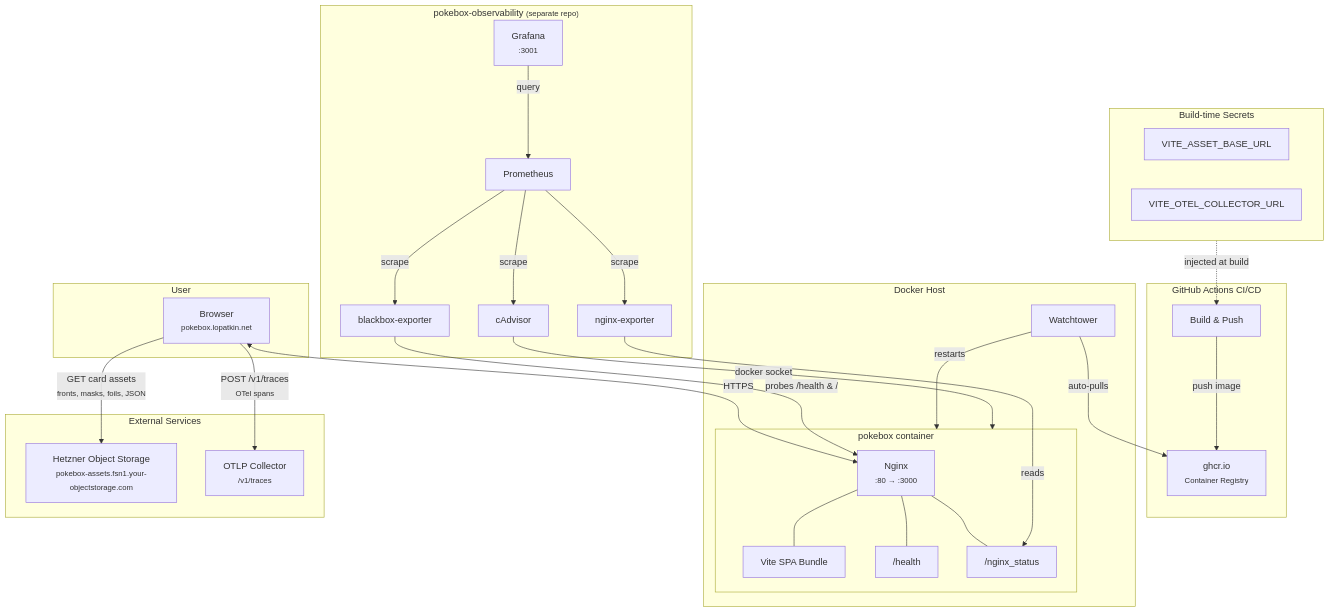
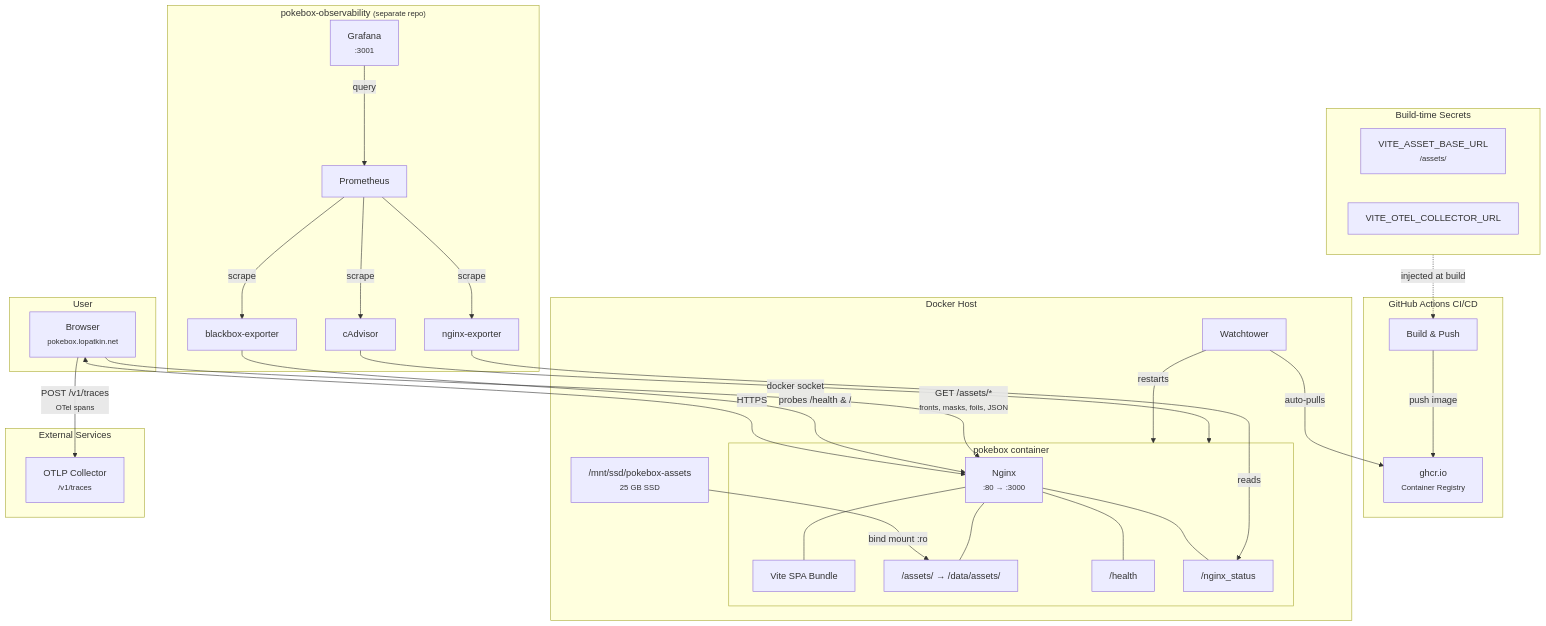
One commit to selop/pokebox changed the first of 6 diagrams in docs/architecture.md. Above: the diagram before and after it, drawn with Mermaid. The commit also changed other lines of this file and 9 other files, not shown here.

First line of the commit message:
feat: serve card assets from local SSD instead of S3 object storage

````diff
--- a/docs/architecture.md
+++ b/docs/architecture.md
@@ -3,59 +3,62 @@
 ```mermaid
 flowchart TB
     subgraph User["User"]
         Browser["Browser<br/><small>pokebox.lopatkin.net</small>"]
     end
 
     subgraph CI["GitHub Actions CI/CD"]
         Build["Build & Push"]
         GHCR["ghcr.io<br/><small>Container Registry</small>"]
         Build -->|push image| GHCR
     end
 
     subgraph Secrets["Build-time Secrets"]
-        S1["VITE_ASSET_BASE_URL"]
+        S1["VITE_ASSET_BASE_URL<br/><small>/assets/</small>"]
         S2["VITE_OTEL_COLLECTOR_URL"]
     end
     Secrets -.->|injected at build| Build
 
     subgraph Host["Docker Host"]
+        SSD["/mnt/ssd/pokebox-assets<br/><small>25 GB SSD</small>"]
         subgraph Pokebox["pokebox container"]
             Nginx["Nginx<br/><small>:80 → :3000</small>"]
             SPA["Vite SPA Bundle"]
+            Assets["/assets/ → /data/assets/"]
             Health["/health"]
             Stub["/nginx_status"]
         end
+        SSD -->|"bind mount :ro"| Assets
         Watchtower["Watchtower"] -->|auto-pulls| GHCR
         Watchtower -->|restarts| Pokebox
     end
 
     Browser <-->|HTTPS| Nginx
     Nginx --- SPA
+    Nginx --- Assets
     Nginx --- Health
     Nginx --- Stub
 
     subgraph External["External Services"]
-        S3["Hetzner Object Storage<br/><small>pokebox-assets.fsn1.your-objectstorage.com</small>"]
         OTEL["OTLP Collector<br/><small>/v1/traces</small>"]
     end
 
     subgraph Monitoring["pokebox-observability <small>(separate repo)</small>"]
         Prometheus["Prometheus"]
         NginxExp["nginx-exporter"]
         Blackbox["blackbox-exporter"]
         cAdvisor["cAdvisor"]
         Grafana["Grafana<br/><small>:3001</small>"]
 
         Prometheus -->|scrape| NginxExp
         Prometheus -->|scrape| Blackbox
         Prometheus -->|scrape| cAdvisor
         Grafana -->|query| Prometheus
     end
 
     NginxExp -->|reads| Stub
     Blackbox -->|probes /health & /| Nginx
     cAdvisor -->|docker socket| Pokebox
 
-    Browser -->|"GET card assets<br/><small>fronts, masks, foils, JSON</small>"| S3
+    Browser -->|"GET /assets/*<br/><small>fronts, masks, foils, JSON</small>"| Nginx
     Browser -->|"POST /v1/traces<br/><small>OTel spans</small>"| OTEL
 ```
````
